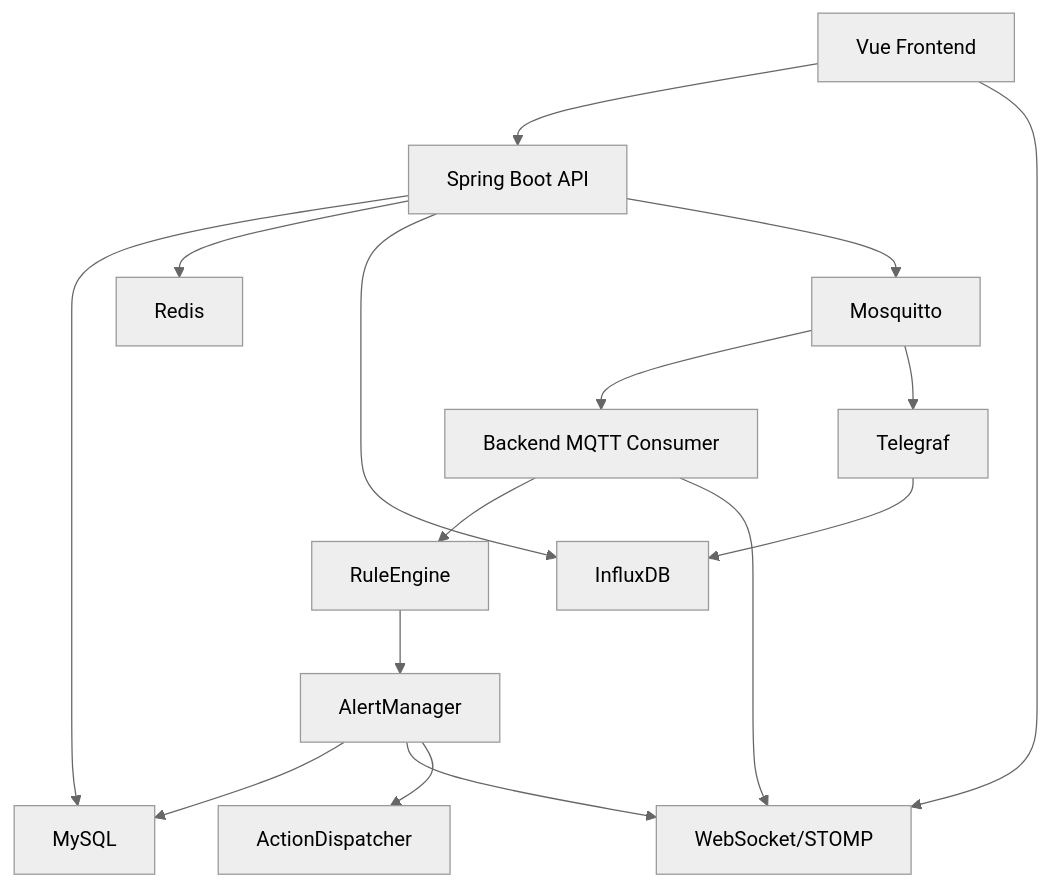
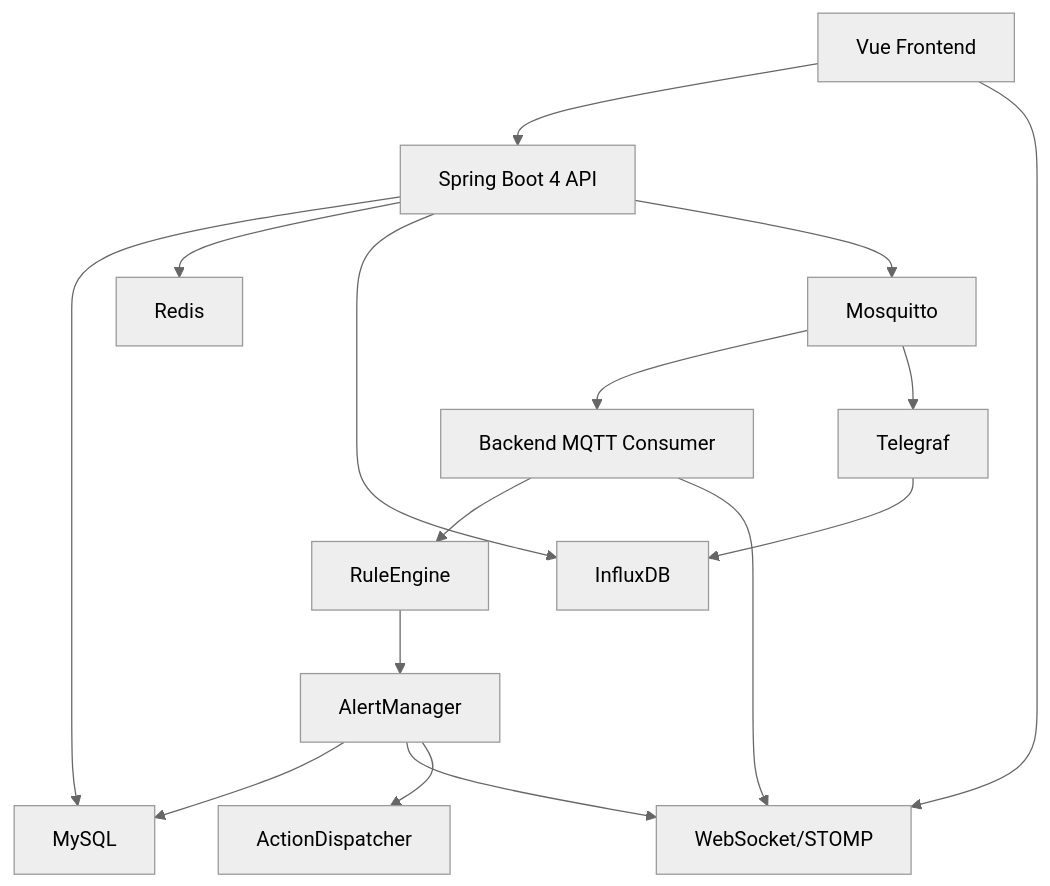
Before and after one commit to Jaluson/vionix-document: the second of 7 diagrams in docs/development/02-总体设计说明书.md, drawn with Mermaid (neutral theme). The commit also changed other lines of this file and 38 other files, not shown here.

````diff
--- a/docs/development/02-总体设计说明书.md
+++ b/docs/development/02-总体设计说明书.md
@@ -24,18 +24,18 @@
 ```mermaid
 flowchart TB
-  frontend["Vue Frontend"] --> api["Spring Boot API"]
+  frontend["Vue Frontend"] --> api["Spring Boot 4 API"]
   frontend --> ws["WebSocket/STOMP"]
   api --> mysql["MySQL"]
   api --> redis["Redis"]
   api --> influx["InfluxDB"]
   api --> broker["Mosquitto"]
   broker --> consumer["Backend MQTT Consumer"]
   consumer --> rule["RuleEngine"]
   consumer --> ws
   rule --> alert["AlertManager"]
   alert --> mysql
   alert --> ws
   alert --> action["ActionDispatcher"]
   telegraf["Telegraf"] --> influx
   broker --> telegraf
 ```
````
